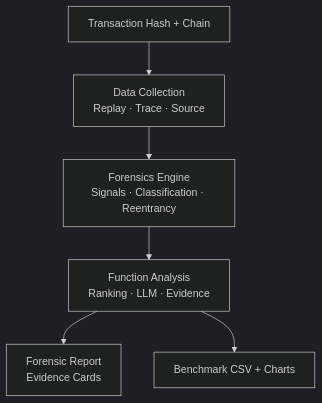
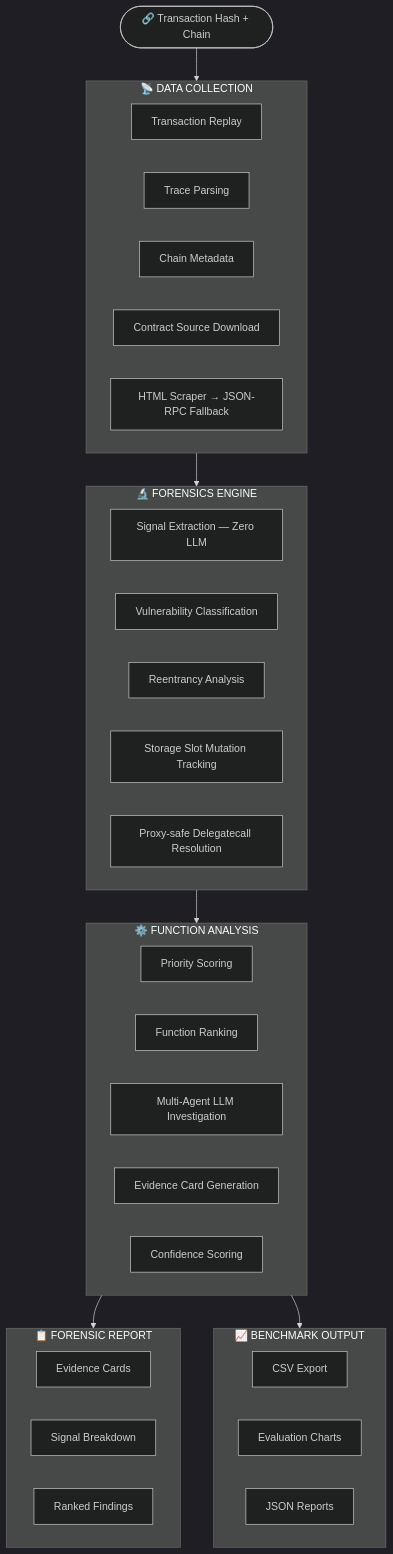
One commit to Tayab-Ahamed/FaultSeeker- changed the diagram in README.md. Above: the diagram before and after it, drawn with Mermaid (dark theme). The commit also changed other lines of this file, not shown here.

````diff
--- a/README.md
+++ b/README.md
@@ -62,8 +47,47 @@
 ```mermaid
-graph TD
-    A[Transaction Hash + Chain] --> B[Data Collection<br/>Replay · Trace · Source]
-    B --> C[Forensics Engine<br/>Signals · Classification · Reentrancy]
-    C --> D[Function Analysis<br/>Ranking · LLM · Evidence]
-    D --> E[Forensic Report<br/>Evidence Cards]
-    D --> F[Benchmark CSV + Charts]
+flowchart TD
+    A([🔗 Transaction Hash + Chain]) --> B
+
+    subgraph B [" 📡 DATA COLLECTION "]
+        B1[Transaction Replay]
+        B2[Trace Parsing]
+        B3[Chain Metadata]
+        B4[Contract Source Download]
+        B5[HTML Scraper → JSON-RPC Fallback]
+    end
+
+    B --> C
+
+    subgraph C [" 🔬 FORENSICS ENGINE "]
+        C1[Signal Extraction — Zero LLM]
+        C2[Vulnerability Classification]
+        C3[Reentrancy Analysis]
+        C4[Storage Slot Mutation Tracking]
+        C5[Proxy-safe Delegatecall Resolution]
+    end
+
+    C --> D
+
+    subgraph D [" ⚙️ FUNCTION ANALYSIS "]
+        D1[Priority Scoring]
+        D2[Function Ranking]
+        D3[Multi-Agent LLM Investigation]
+        D4[Evidence Card Generation]
+        D5[Confidence Scoring]
+    end
+
+    D --> E
+    D --> F
+
+    subgraph E [" 📋 FORENSIC REPORT "]
+        E1[Evidence Cards]
+        E2[Signal Breakdown]
+        E3[Ranked Findings]
+    end
+
+    subgraph F [" 📈 BENCHMARK OUTPUT "]
+        F1[CSV Export]
+        F2[Evaluation Charts]
+        F3[JSON Reports]
+    end
 ```
````
